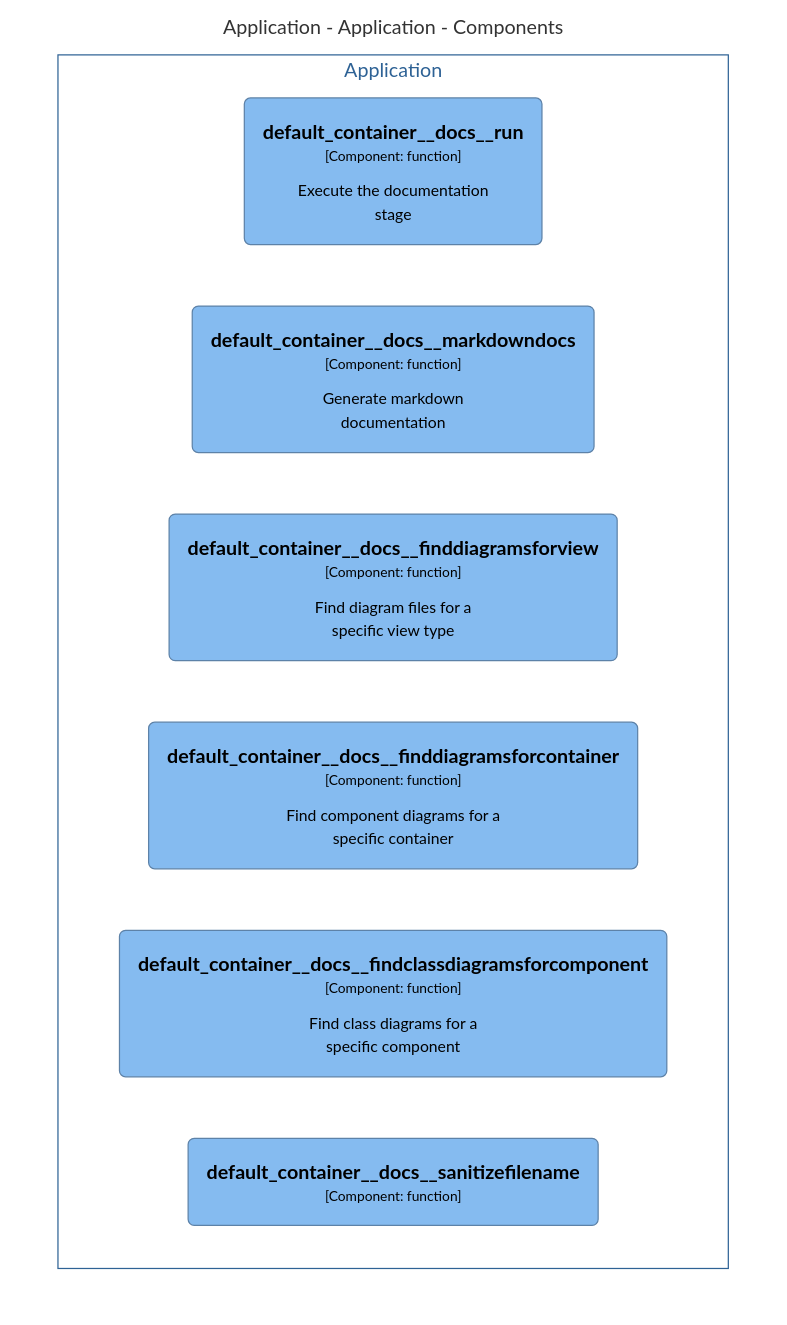
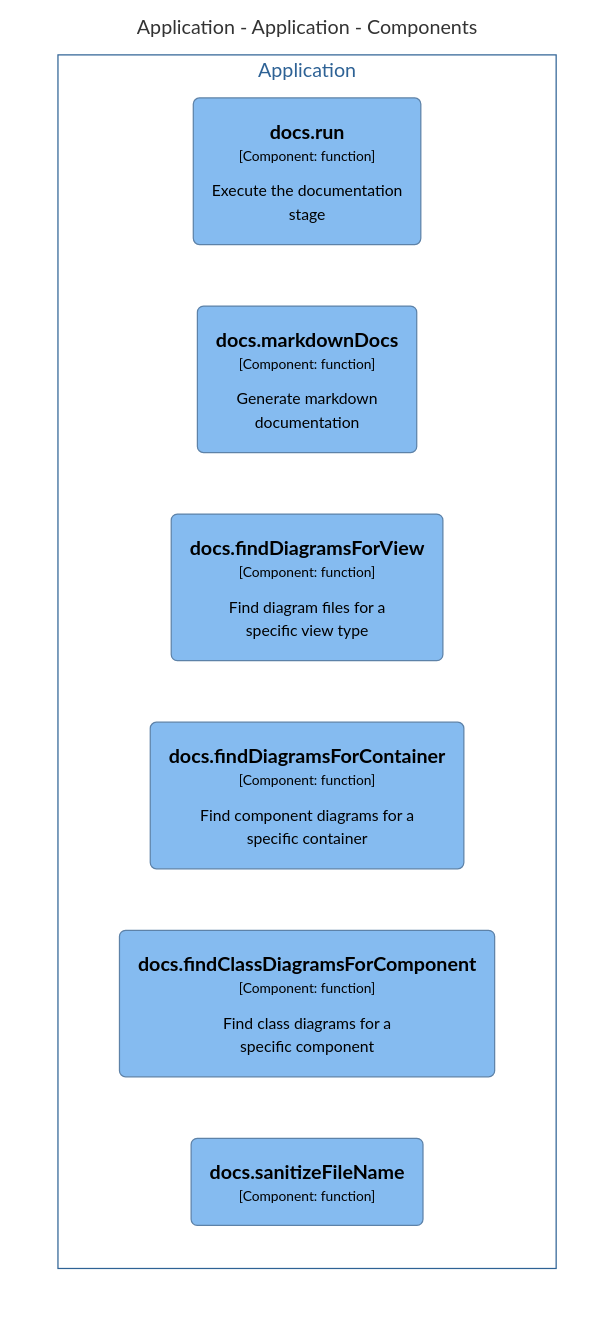
One commit to chrislyons-dev/archlette changed the diagram in docs/architecture/diagrams/mermaid/structurizr-Classes_default_container__docs.mmd. Above: the diagram before and after it, drawn with Mermaid (forest theme). The commit also changed 43 other files, not shown here.

```diff
--- a/docs/architecture/diagrams/mermaid/structurizr-Classes_default_container__docs.mmd
+++ b/docs/architecture/diagrams/mermaid/structurizr-Classes_default_container__docs.mmd
@@ -1,24 +1,24 @@
 graph TB
   linkStyle default fill:#ffffff
 
   subgraph diagram ["Application - Application - Components"]
     style diagram fill:#ffffff,stroke:#ffffff
 
     subgraph 8 ["Application"]
       style 8 fill:#ffffff,stroke:#2e6295,color:#2e6295
 
-      32("<div style='font-weight: bold'>default_container__docs__run</div><div style='font-size: 70%; margin-top: 0px'>[Component: function]</div><div style='font-size: 80%; margin-top:10px'>Execute the documentation<br />stage</div>")
+      32("<div style='font-weight: bold'>docs.run</div><div style='font-size: 70%; margin-top: 0px'>[Component: function]</div><div style='font-size: 80%; margin-top:10px'>Execute the documentation<br />stage</div>")
       style 32 fill:#85bbf0,stroke:#5d82a8,color:#000000
-      75("<div style='font-weight: bold'>default_container__docs__markdowndocs</div><div style='font-size: 70%; margin-top: 0px'>[Component: function]</div><div style='font-size: 80%; margin-top:10px'>Generate markdown<br />documentation</div>")
+      75("<div style='font-weight: bold'>docs.markdownDocs</div><div style='font-size: 70%; margin-top: 0px'>[Component: function]</div><div style='font-size: 80%; margin-top:10px'>Generate markdown<br />documentation</div>")
       style 75 fill:#85bbf0,stroke:#5d82a8,color:#000000
-      76("<div style='font-weight: bold'>default_container__docs__finddiagramsforview</div><div style='font-size: 70%; margin-top: 0px'>[Component: function]</div><div style='font-size: 80%; margin-top:10px'>Find diagram files for a<br />specific view type</div>")
+      76("<div style='font-weight: bold'>docs.findDiagramsForView</div><div style='font-size: 70%; margin-top: 0px'>[Component: function]</div><div style='font-size: 80%; margin-top:10px'>Find diagram files for a<br />specific view type</div>")
       style 76 fill:#85bbf0,stroke:#5d82a8,color:#000000
-      77("<div style='font-weight: bold'>default_container__docs__finddiagramsforcontainer</div><div style='font-size: 70%; margin-top: 0px'>[Component: function]</div><div style='font-size: 80%; margin-top:10px'>Find component diagrams for a<br />specific container</div>")
+      77("<div style='font-weight: bold'>docs.findDiagramsForContainer</div><div style='font-size: 70%; margin-top: 0px'>[Component: function]</div><div style='font-size: 80%; margin-top:10px'>Find component diagrams for a<br />specific container</div>")
       style 77 fill:#85bbf0,stroke:#5d82a8,color:#000000
-      78("<div style='font-weight: bold'>default_container__docs__findclassdiagramsforcomponent</div><div style='font-size: 70%; margin-top: 0px'>[Component: function]</div><div style='font-size: 80%; margin-top:10px'>Find class diagrams for a<br />specific component</div>")
+      78("<div style='font-weight: bold'>docs.findClassDiagramsForComponent</div><div style='font-size: 70%; margin-top: 0px'>[Component: function]</div><div style='font-size: 80%; margin-top:10px'>Find class diagrams for a<br />specific component</div>")
       style 78 fill:#85bbf0,stroke:#5d82a8,color:#000000
-      79("<div style='font-weight: bold'>default_container__docs__sanitizefilename</div><div style='font-size: 70%; margin-top: 0px'>[Component: function]</div>")
+      79("<div style='font-weight: bold'>docs.sanitizeFileName</div><div style='font-size: 70%; margin-top: 0px'>[Component: function]</div>")
       style 79 fill:#85bbf0,stroke:#5d82a8,color:#000000
     end
 
   end
```
